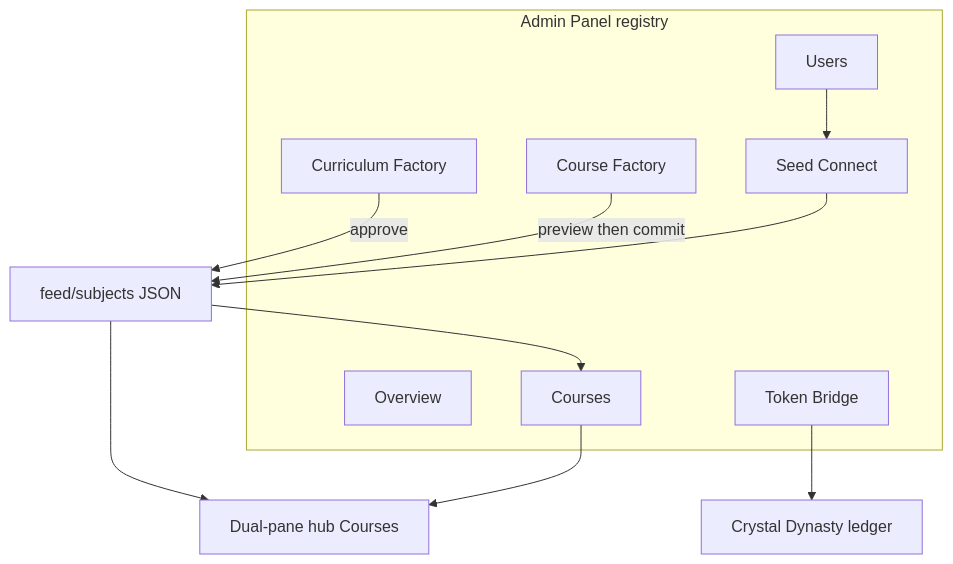
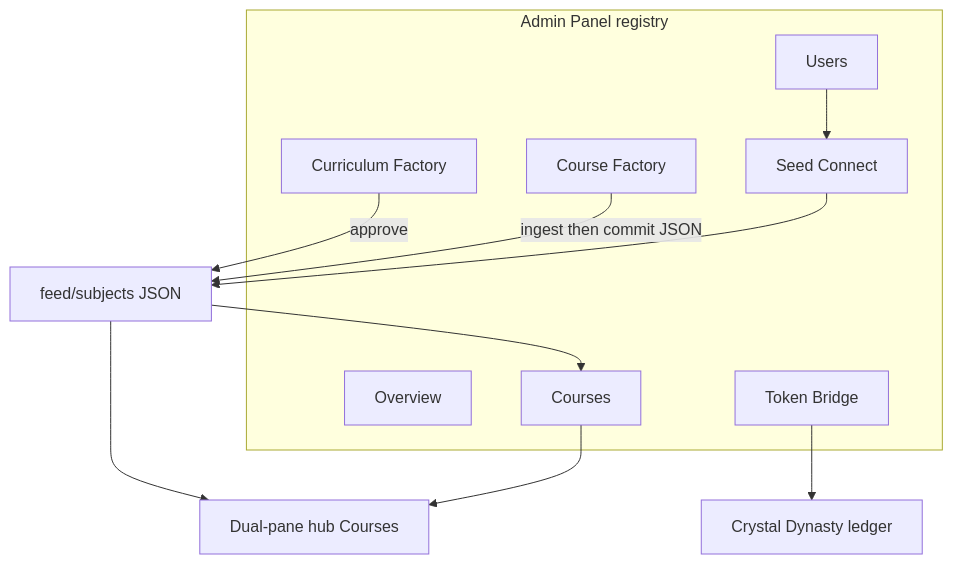
Before and after one commit to svsuicops-spec/mhbojt-core: the second of 5 diagrams in DRAH_GOSSSM_MASTER_SOP.md, drawn with Mermaid. The commit also changed other lines of this file and 6 other files, not shown here.

````diff
--- a/DRAH_GOSSSM_MASTER_SOP.md
+++ b/DRAH_GOSSSM_MASTER_SOP.md
@@ -242,20 +242,20 @@
 ```mermaid
 flowchart TB
     subgraph admin [Admin Panel registry]
         OV[Overview]
         US[Users]
         CO[Courses]
         CF[Curriculum Factory]
         XF[Course Factory]
         TB[Token Bridge]
         SC[Seed Connect]
     end
     CF -->|approve| JSON[feed/subjects JSON]
-    XF -->|preview then commit| JSON
+    XF -->|ingest then commit JSON| JSON
     JSON --> CO
     US --> SC
     SC --> JSON
     TB --> DY[Crystal Dynasty ledger]
     CO --> HUB[Dual-pane hub Courses]
     JSON --> HUB
 ```
````
